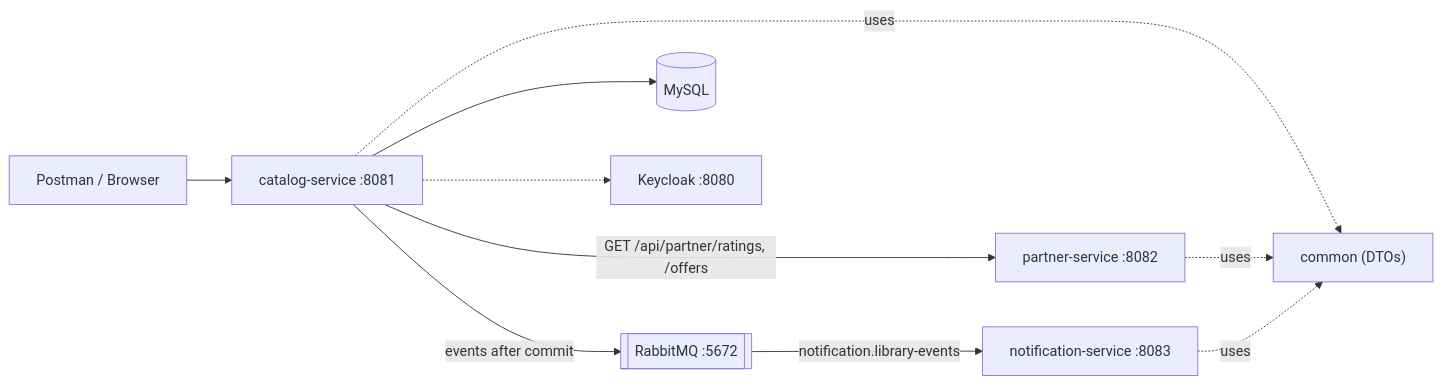
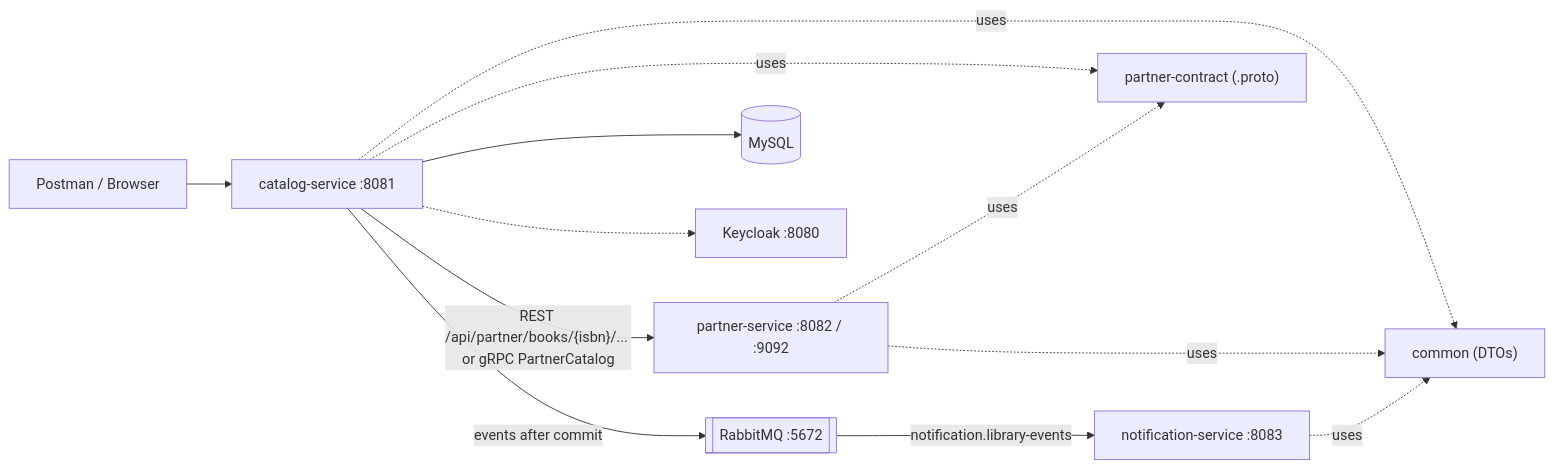
One commit to oldiix/library_system changed the first of 4 diagrams in README.md. Above: the diagram before and after it, drawn with Mermaid. The commit also changed other lines of this file, not shown here.

Commit message:
docs: document interservice communication over HTTP and gRPC in README

````diff
--- a/README.md
+++ b/README.md
@@ -47,12 +50,14 @@
 ```mermaid
 flowchart LR
     Client["Postman / Browser"] --> CAT["catalog-service :8081"]
-    CAT -->|"GET /api/partner/ratings, /offers"| PAR["partner-service :8082"]
+    CAT -->|"REST /api/partner/books/{isbn}/... or gRPC PartnerCatalog"| PAR["partner-service :8082 / :9092"]
     CAT -->|"events after commit"| MQ[["RabbitMQ :5672"]]
     MQ -->|"notification.library-events"| NOT["notification-service :8083"]
     CAT --> DB[("MySQL")]
     CAT -.-> KC["Keycloak :8080"]
     CAT -. uses .-> COM["common (DTOs)"]
     PAR -. uses .-> COM
     NOT -. uses .-> COM
+    CAT -. uses .-> CON["partner-contract (.proto)"]
+    PAR -. uses .-> CON
 ```
````
